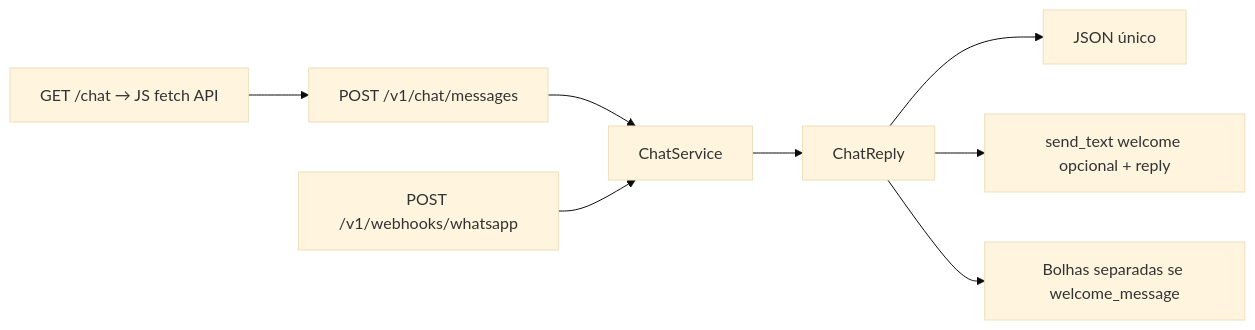
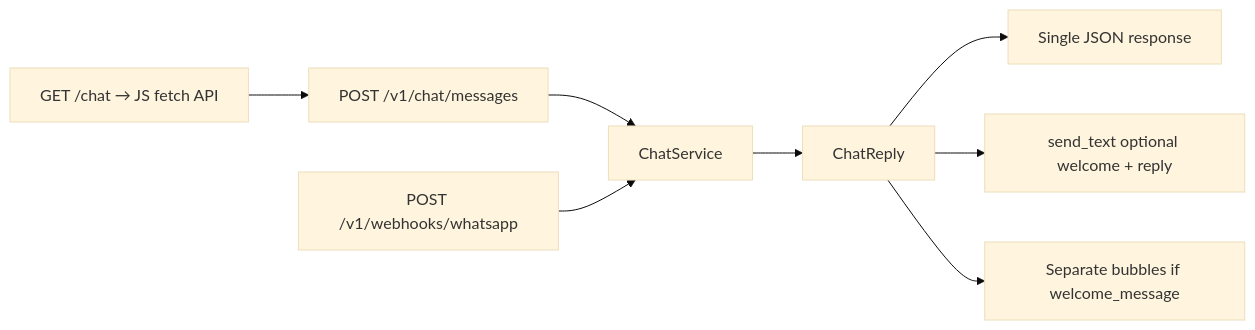
One commit to antonioreal97/Artefact_case changed the ninth of 9 diagrams in docs/customer-service-flows.md. Above: the diagram before and after it, drawn with Mermaid (base theme). The commit also changed other lines of this file and 47 other files, not shown here.

````diff
--- a/docs/customer-service-flows.md
+++ b/docs/customer-service-flows.md
@@ -286,10 +299,10 @@
 ```mermaid
 flowchart LR
   api["POST /v1/chat/messages"] --> cs["ChatService"]
   wa["POST /v1/webhooks/whatsapp"] --> cs
   ui["GET /chat → JS fetch API"] --> api
   cs --> reply["ChatReply"]
-  reply --> apiOut["JSON único"]
-  reply --> waOut["send_text welcome opcional + reply"]
-  reply --> uiOut["Bolhas separadas se welcome_message"]
+  reply --> apiOut["Single JSON response"]
+  reply --> waOut["send_text optional welcome + reply"]
+  reply --> uiOut["Separate bubbles if welcome_message"]
 ```
````
